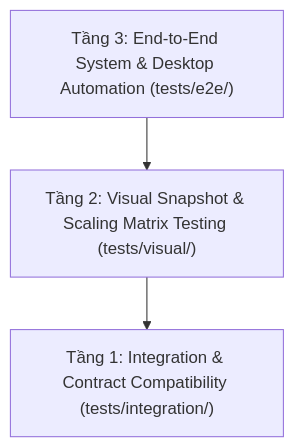
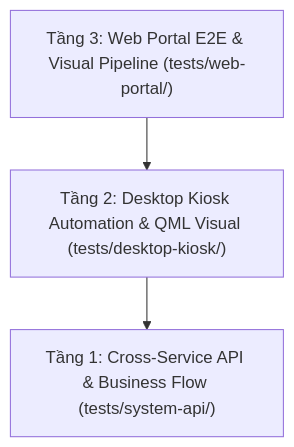
Before and after one commit to nvdung250405/face-attendance-system: the diagram in tests/README.md, drawn with Mermaid. The commit also changed other lines of this file and 57 other files, not shown here.

````diff
--- a/tests/README.md
+++ b/tests/README.md
@@ -15,8 +15,8 @@
 ```mermaid
 flowchart TD
-    T3["Tầng 3: End-to-End System & Desktop Automation (tests/e2e/)"]
-    T2["Tầng 2: Visual Snapshot & Scaling Matrix Testing (tests/visual/)"]
-    T1["Tầng 1: Integration & Contract Compatibility (tests/integration/)"]
+    T3["Tầng 3: Web Portal E2E & Visual Pipeline (tests/web-portal/)"]
+    T2["Tầng 2: Desktop Kiosk Automation & QML Visual (tests/desktop-kiosk/)"]
+    T1["Tầng 1: Cross-Service API & Business Flow (tests/system-api/)"]
 
     T3 --> T2 --> T1
 ```
````
